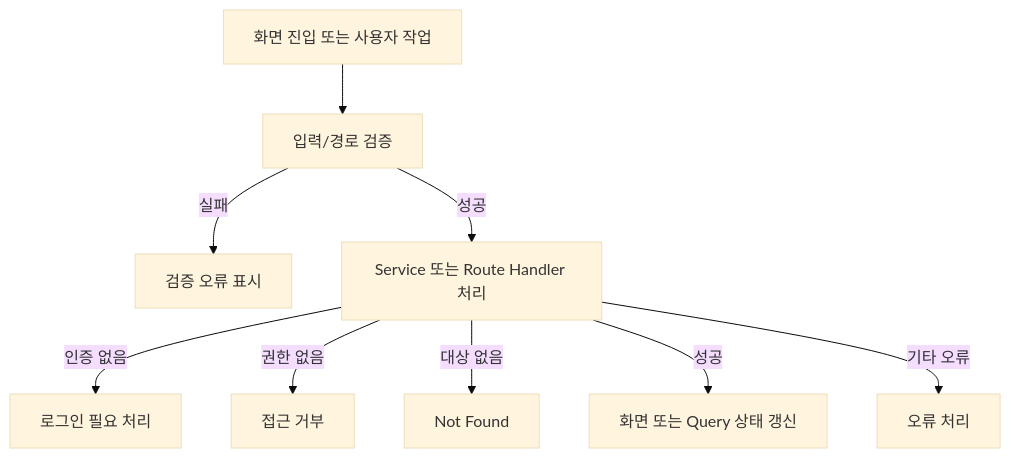
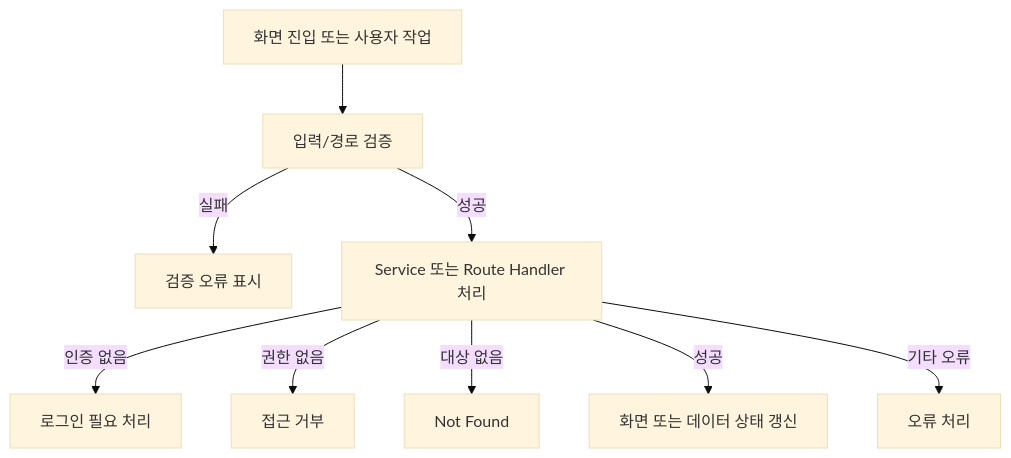
One commit to goldmayo/oioi-bwg changed the diagram in docs/reverse-engineering/04-user-process-inventory.md. Above: the diagram before and after it, drawn with Mermaid (base theme). The commit also changed other lines of this file and 1 other file, not shown here.

Commit message:
docs(reverse-engineering): 상세 프로세스 플로우 작성

````diff
--- a/docs/reverse-engineering/04-user-process-inventory.md
+++ b/docs/reverse-engineering/04-user-process-inventory.md
@@ -55,11 +56,11 @@
 ```mermaid
 flowchart TD
     ACTION[화면 진입 또는 사용자 작업] --> VALIDATE[입력/경로 검증]
     VALIDATE -- 실패 --> VALIDATION_ERROR[검증 오류 표시]
     VALIDATE -- 성공 --> SERVER[Service 또는 Route Handler 처리]
     SERVER -- 인증 없음 --> LOGIN_REQUIRED[로그인 필요 처리]
     SERVER -- 권한 없음 --> FORBIDDEN[접근 거부]
     SERVER -- 대상 없음 --> NOT_FOUND[Not Found]
-    SERVER -- 성공 --> UPDATE[화면 또는 Query 상태 갱신]
+    SERVER -- 성공 --> UPDATE[화면 또는 데이터 상태 갱신]
     SERVER -- 기타 오류 --> ERROR[오류 처리]
 ```
````
